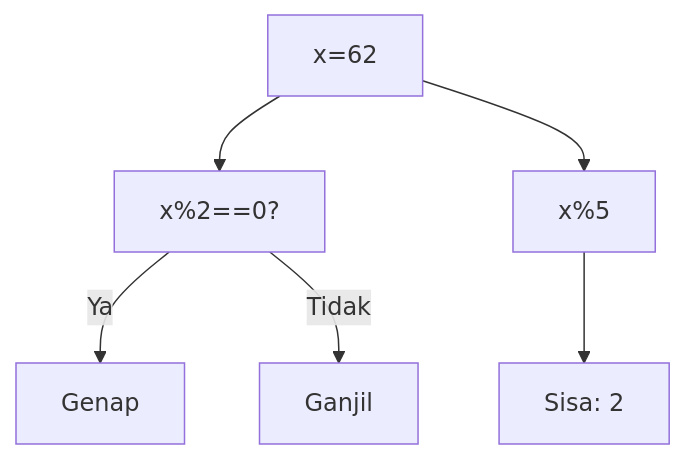
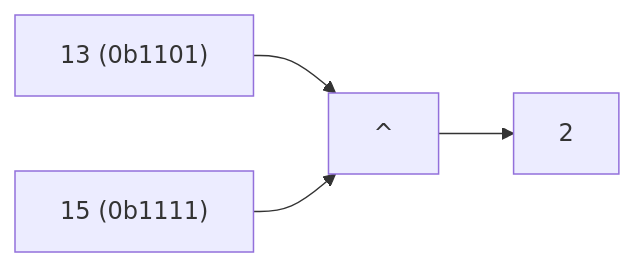
Diagram 12 of 25 in part-c-pemahaman-cpp/06-bitwise/latihan/set-04.md (amnahwaida/OSNK_INF_PREP), drawn with Mermaid before and after one commit. The commit also changed other lines of this file and 71 other files, not shown here.

````diff
--- a/part-c-pemahaman-cpp/06-bitwise/latihan/set-04.md
+++ b/part-c-pemahaman-cpp/06-bitwise/latihan/set-04.md
@@ -298,8 +311,6 @@
 ```mermaid
-graph TD
-A["x=62"] --> B["x%2==0?"]
-B -- Ya --> C["Genap"]
-B -- Tidak --> D["Ganjil"]
-A --> E["x%5"]
-E --> F["Sisa: 2"]
+graph LR
+A["13 (0b1101)"] --> C["^"]
+B["15 (0b1111)"] --> C
+C --> D["2"]
 ```
````
